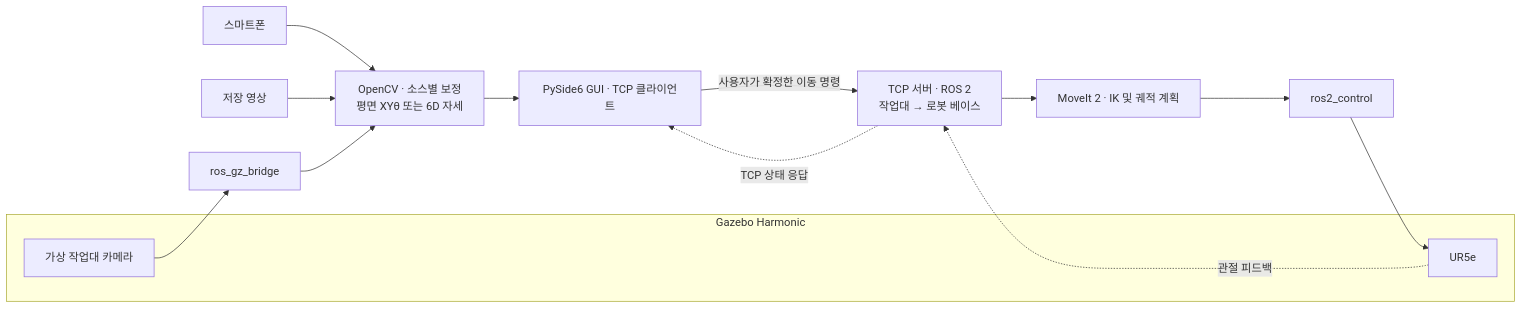
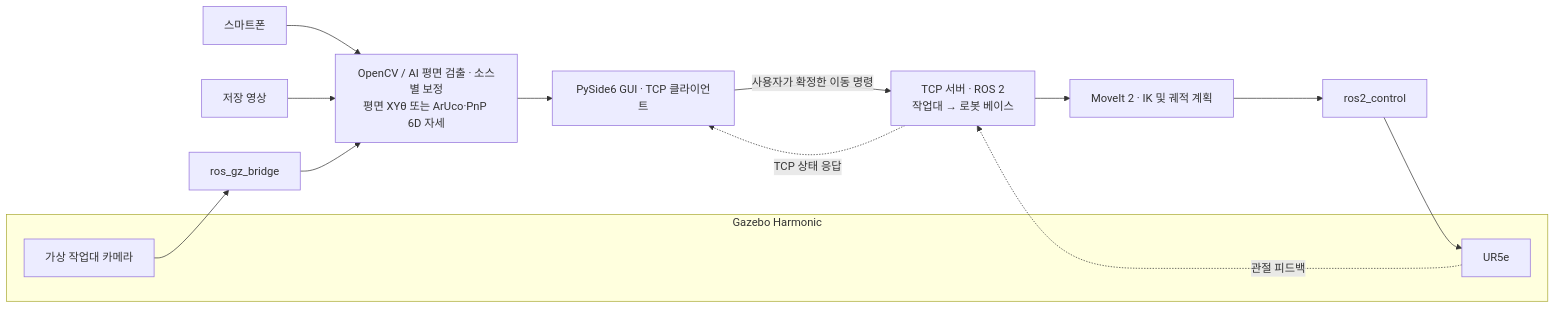
Before and after one commit to didgustmd23/EyetoArm: the diagram in README.md, drawn with Mermaid. The commit also changed other lines of this file, not shown here.

````diff
--- a/README.md
+++ b/README.md
@@ -28,16 +30,16 @@
 ```mermaid
 flowchart LR
     Phone["스마트폰"] --> Vision
     File["저장 영상"] --> Vision
     subgraph Sim["Gazebo Harmonic"]
         Camera["가상 작업대 카메라"]
         Arm["UR5e"]
     end
-    Camera --> Bridge["ros_gz_bridge"] --> Vision["OpenCV · 소스별 보정<br/>평면 XYθ 또는 6D 자세"]
+    Camera --> Bridge["ros_gz_bridge"] --> Vision["OpenCV / AI 평면 검출 · 소스별 보정<br/>평면 XYθ 또는 ArUco·PnP 6D 자세"]
     Vision --> Gui["PySide6 GUI · TCP 클라이언트"]
     Gui -->|사용자가 확정한 이동 명령| Server["TCP 서버 · ROS 2<br/>작업대 → 로봇 베이스"]
     Server --> MoveIt["MoveIt 2 · IK 및 궤적 계획"]
     MoveIt --> Control["ros2_control"] --> Arm
     Arm -. 관절 피드백 .-> Server
     Server -. TCP 상태 응답 .-> Gui
 ```
````
